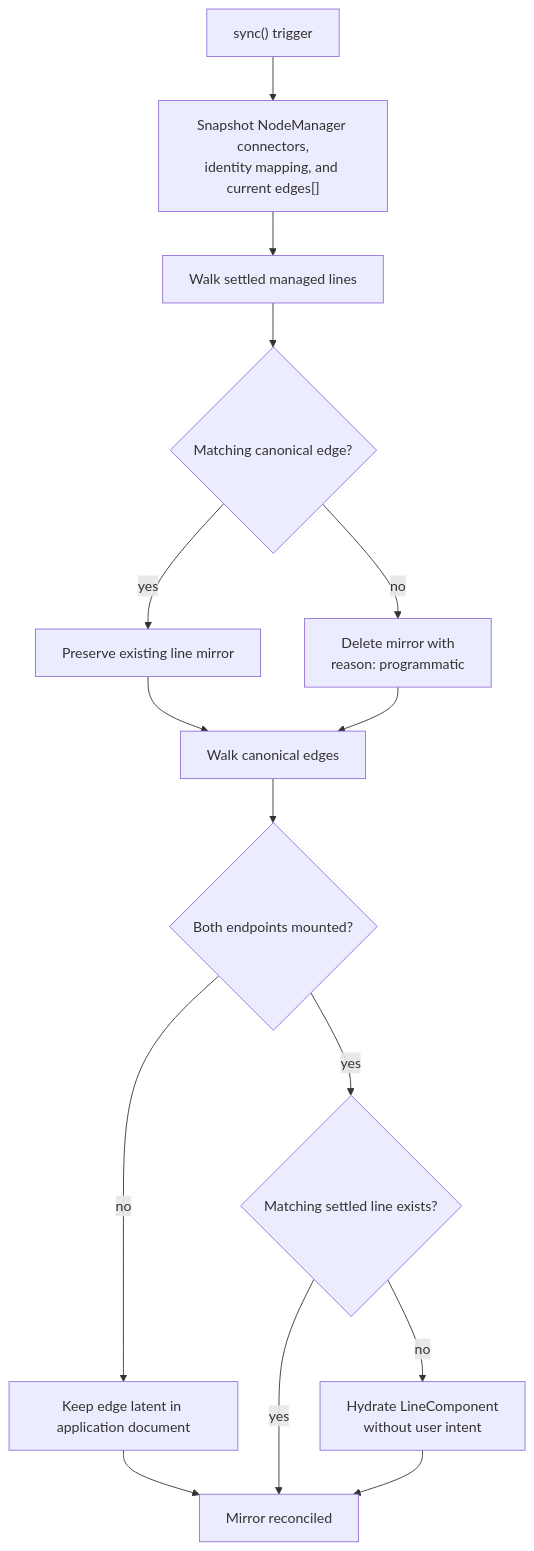
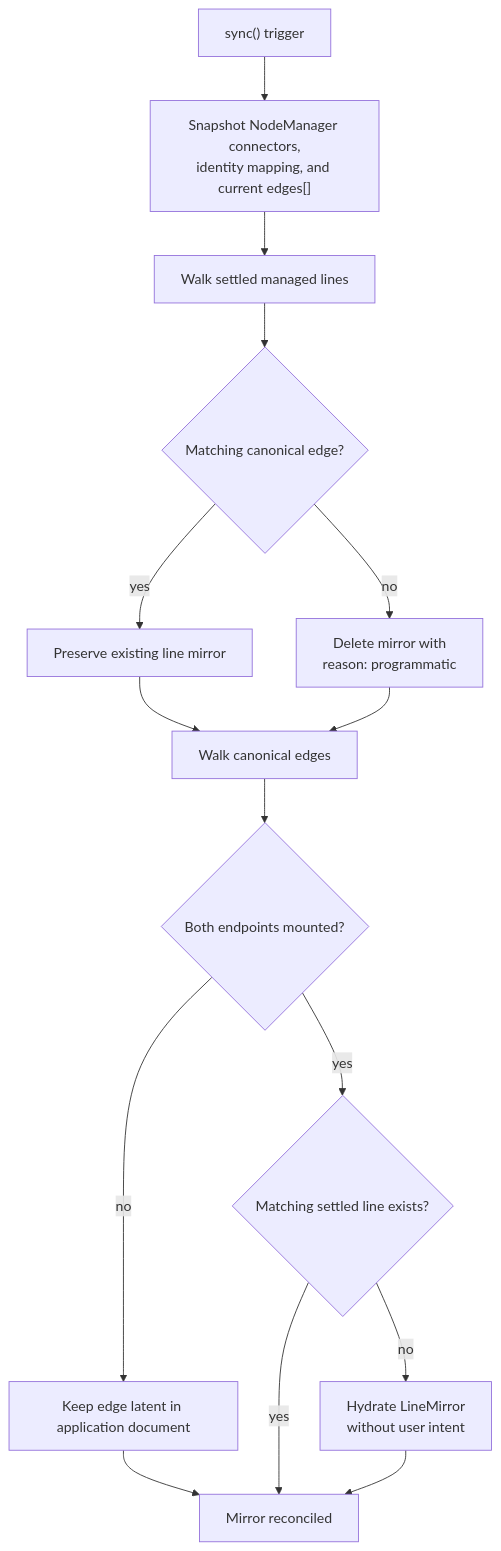
The seventh of 11 diagrams in docs/snapline/design/current-architecture.md (tfukaza/SnapLineJS), drawn with Mermaid before and after one commit. The commit also changed other lines of this file and 44 other files, not shown here.

````diff
--- a/docs/snapline/design/current-architecture.md
+++ b/docs/snapline/design/current-architecture.md
@@ -558,26 +558,26 @@
 ```mermaid
 flowchart TD
   START["sync() trigger"]
   SNAP["Snapshot NodeManager connectors,<br/>identity mapping, and current edges[]"]
   WALKLINES["Walk settled managed lines"]
   LINECHECK{"Matching canonical edge?"}
   KEEPLINE["Preserve existing line mirror"]
   REMOVELINE["Delete mirror with<br/>reason: programmatic"]
   WALKEDGES["Walk canonical edges"]
   MOUNTED{"Both endpoints mounted?"}
   EXISTS{"Matching settled line exists?"}
   LATENT["Keep edge latent in application document"]
-  CREATELINE["Hydrate LineComponent<br/>without user intent"]
+  CREATELINE["Hydrate LineMirror<br/>without user intent"]
   DONE["Mirror reconciled"]
 
   START --> SNAP --> WALKLINES --> LINECHECK
   LINECHECK -->|"yes"| KEEPLINE
   LINECHECK -->|"no"| REMOVELINE
   KEEPLINE --> WALKEDGES
   REMOVELINE --> WALKEDGES
   WALKEDGES --> MOUNTED
   MOUNTED -->|"no"| LATENT --> DONE
   MOUNTED -->|"yes"| EXISTS
   EXISTS -->|"yes"| DONE
   EXISTS -->|"no"| CREATELINE --> DONE
 ```
````
